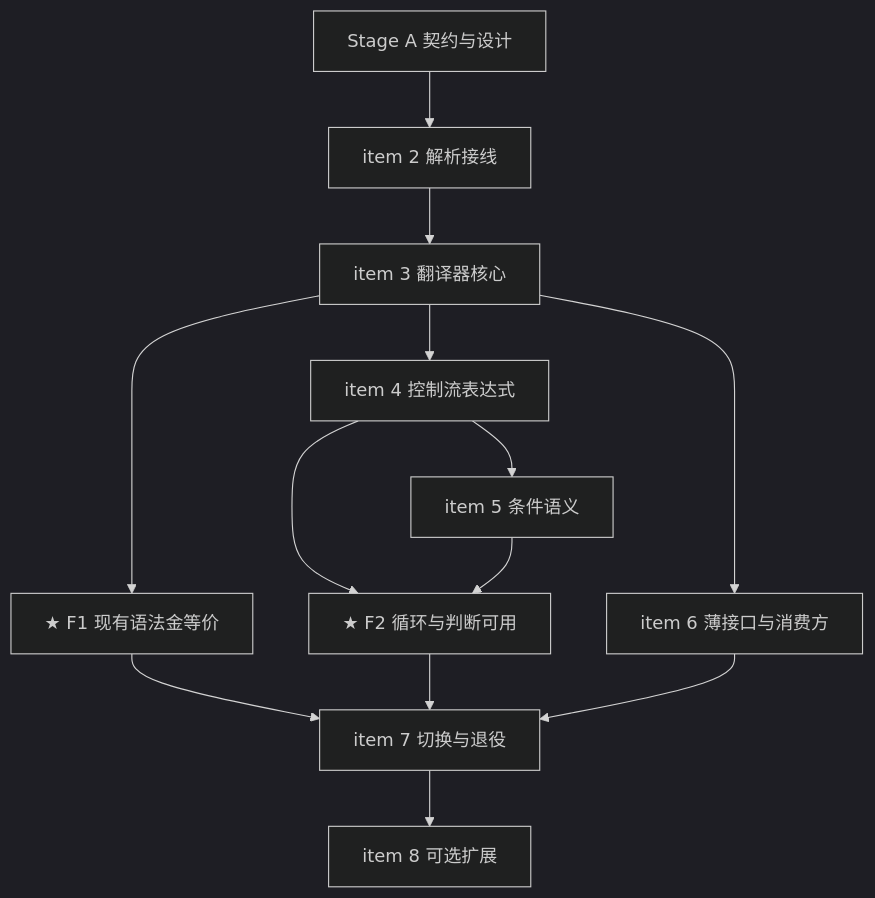
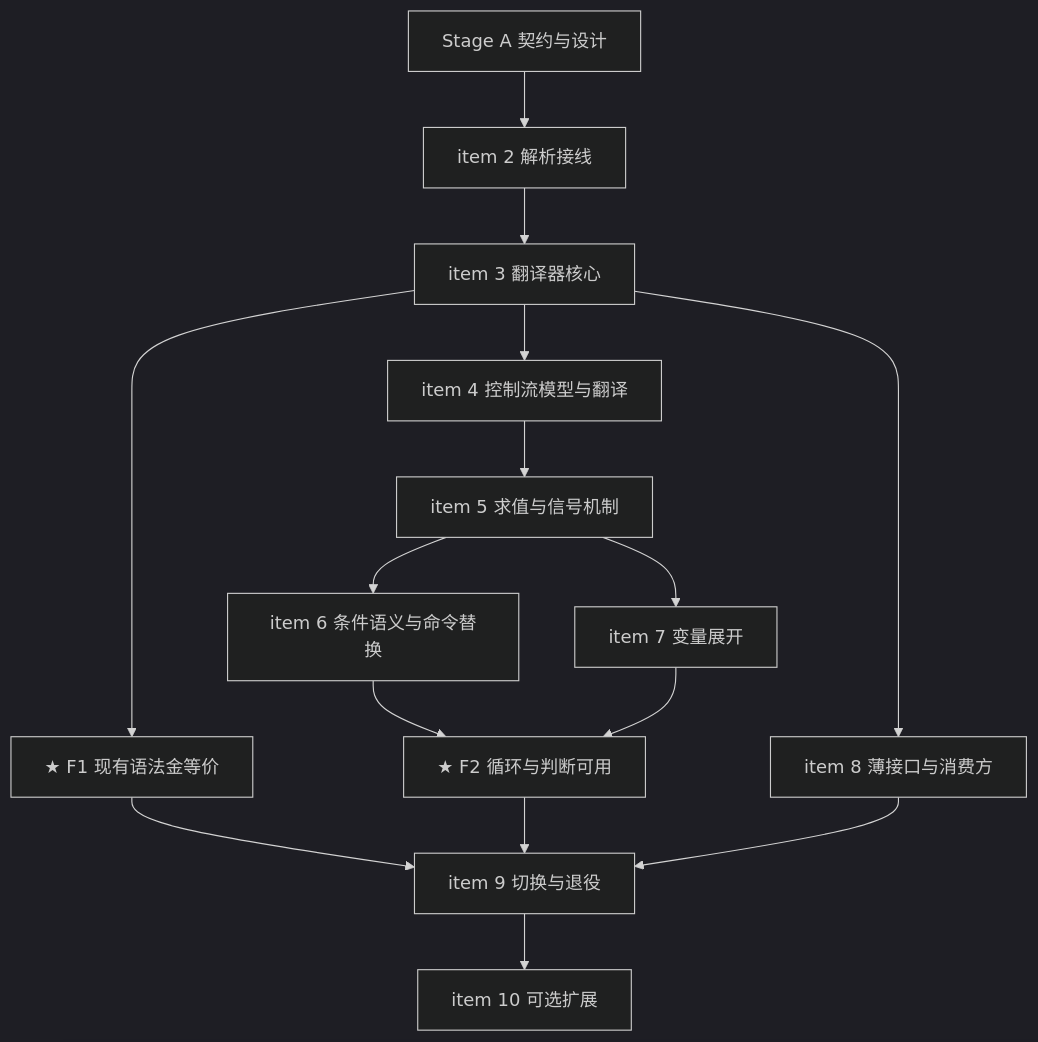
The diagram in ai-dev/backlog/nop-ai-shell-bash-cst-frontend-roadmap.md (entropy-cloud/nop-entropy), drawn with Mermaid (dark theme) before and after one commit. The commit also changed other lines of this file, not shown here.

First line of the commit message:
docs(nop-ai-shell): roadmap R1 对抗审查修订——金等价协议/word 表示/换行/信号机制等 10 项裁定前置

````diff
--- a/ai-dev/backlog/nop-ai-shell-bash-cst-frontend-roadmap.md
+++ b/ai-dev/backlog/nop-ai-shell-bash-cst-frontend-roadmap.md
@@ -160,15 +198,17 @@
 ```mermaid
 graph TD
     A[Stage A 契约与设计] --> B1[item 2 解析接线]
     B1 --> B2[item 3 翻译器核心]
     B2 --> F1[★ F1 现有语法金等价]
-    B2 --> C1[item 4 控制流表达式]
-    B2 --> D[item 6 薄接口与消费方]
-    C1 --> C2[item 5 条件语义]
-    C1 --> F2[★ F2 循环与判断可用]
-    C2 --> F2
-    F1 --> E[item 7 切换与退役]
+    B2 --> C1[item 4 控制流模型与翻译]
+    B2 --> D[item 8 薄接口与消费方]
+    C1 --> C2[item 5 求值与信号机制]
+    C2 --> C3[item 6 条件语义与命令替换]
+    C2 --> C4[item 7 变量展开]
+    C3 --> F2[★ F2 循环与判断可用]
+    C4 --> F2
+    F1 --> E[item 9 切换与退役]
     F2 --> E
     D --> E
-    E --> O[item 8 可选扩展]
+    E --> O[item 10 可选扩展]
 ```
````
